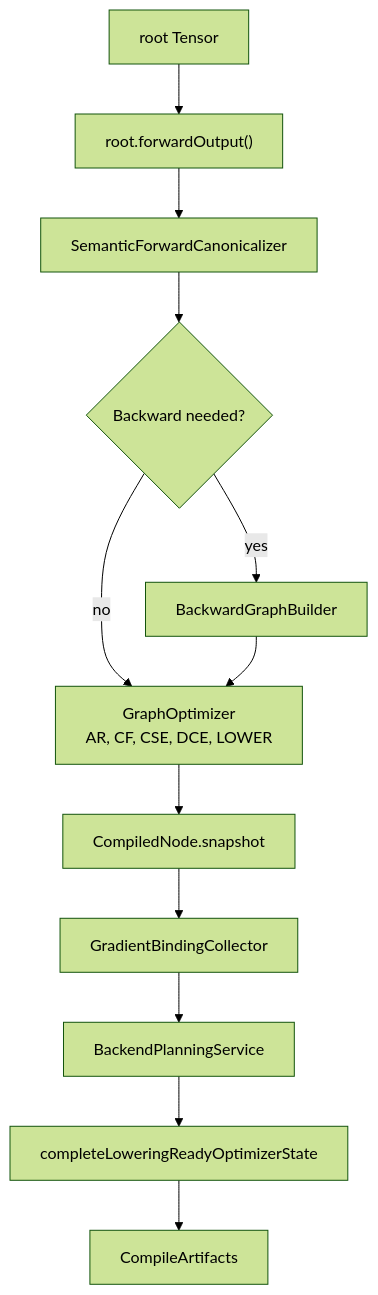
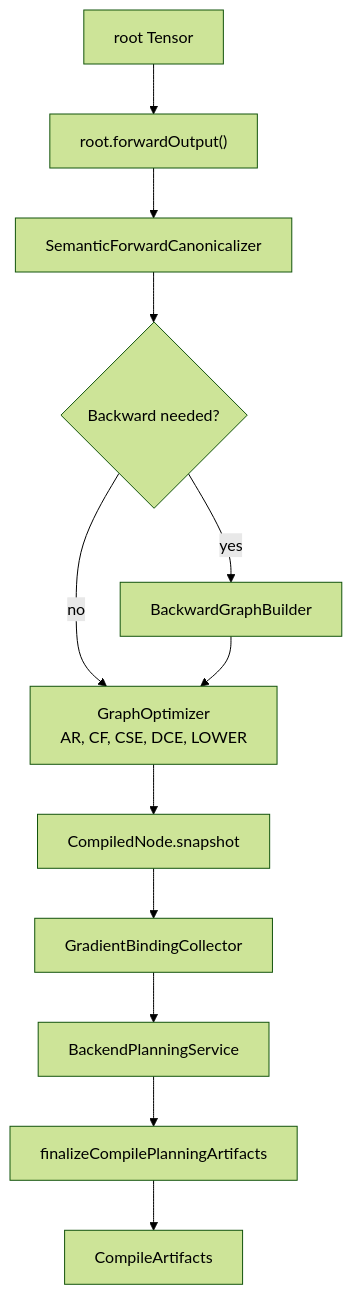
Before and after one commit to pho001/Synaptik: the fifth of 8 diagrams in docs/compute-flow.md, drawn with Mermaid (forest theme). The commit also changed other lines of this file and 74 other files, not shown here.

Commit message:
graph: simplify compile planning artifacts

````diff
--- a/docs/compute-flow.md
+++ b/docs/compute-flow.md
@@ -646,19 +646,19 @@
 ```mermaid
 flowchart TD
     Root["root Tensor"]
     Forward["root.forwardOutput()"]
     Canon["SemanticForwardCanonicalizer"]
     BackwardDecision{"Backward needed?"}
     Backward["BackwardGraphBuilder"]
     Optimizer["GraphOptimizer\nAR, CF, CSE, DCE, LOWER"]
     Snapshot["CompiledNode.snapshot"]
     Gradients["GradientBindingCollector"]
     Partition["BackendPlanningService"]
-    LowerReady["completeLoweringReadyOptimizerState"]
+    LowerReady["finalizeCompilePlanningArtifacts"]
     Artifacts["CompileArtifacts"]
 
     Root --> Forward --> Canon --> BackwardDecision
     BackwardDecision -- no --> Optimizer
     BackwardDecision -- yes --> Backward --> Optimizer
     Optimizer --> Snapshot --> Gradients --> Partition --> LowerReady --> Artifacts
 ```
````
